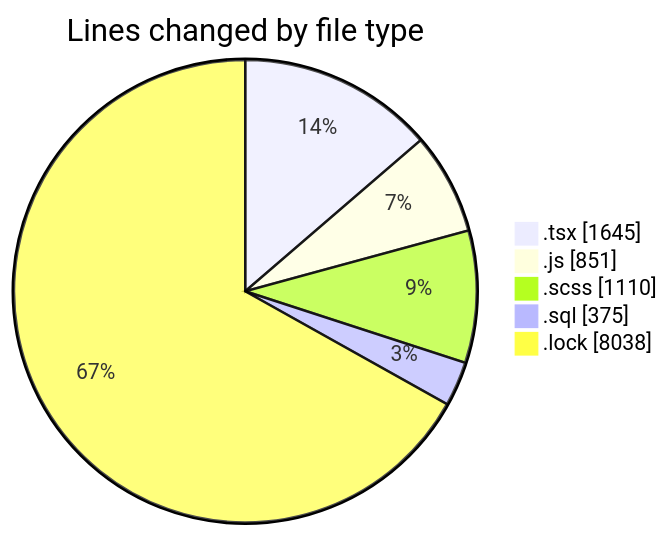
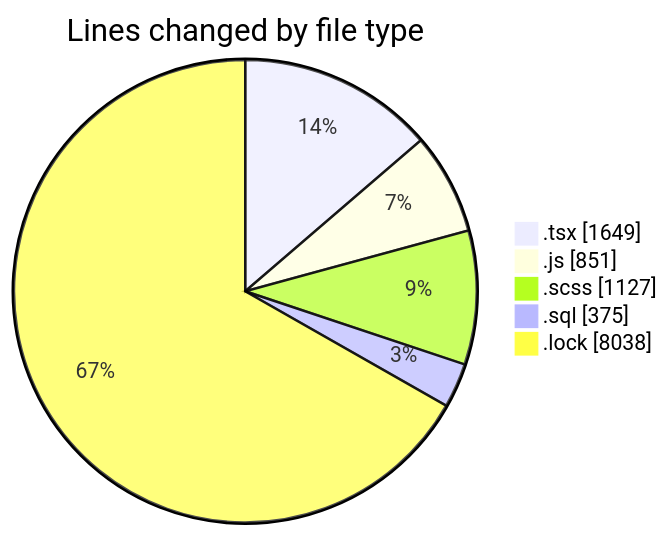
The first of 2 diagrams in 2025-03-18/cda/README.md (momahboobian/code-tracking), drawn with Mermaid before and after one commit. The commit also changed other lines of this file and 1 other file, not shown here.

````diff
--- a/2025-03-18/cda/README.md
+++ b/2025-03-18/cda/README.md
@@ -32,9 +32,9 @@
 ```mermaid
 pie showData
 title Lines changed by file type
-".tsx" : 1645
+".tsx" : 1649
 ".js" : 851
-".scss" : 1110
+".scss" : 1127
 ".sql" : 375
 ".lock" : 8038
 ```
````
